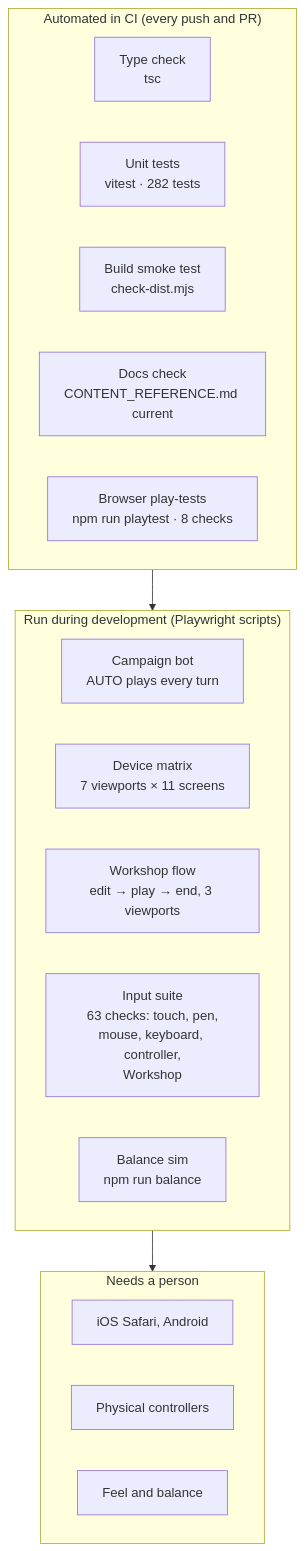
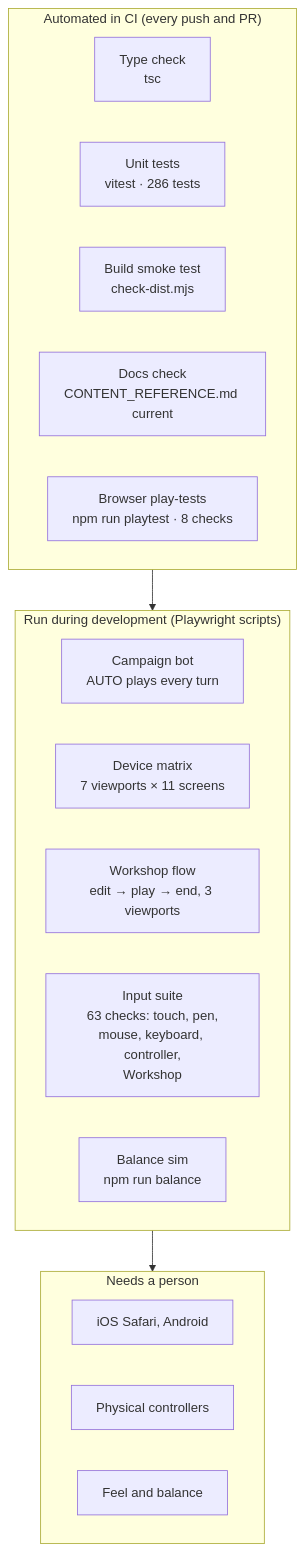
Before and after one commit to CptNope/Chess-RPG-Tactics: the diagram in docs/TESTING.md, drawn with Mermaid. The commit also changed other lines of this file and 14 other files, not shown here.

````diff
--- a/docs/TESTING.md
+++ b/docs/TESTING.md
@@ -9,23 +9,23 @@
 ```mermaid
 flowchart TB
     subgraph Auto["Automated in CI (every push and PR)"]
         T1["Type check<br/>tsc"]
-        T2["Unit tests<br/>vitest · 282 tests"]
+        T2["Unit tests<br/>vitest · 286 tests"]
         T3["Build smoke test<br/>check-dist.mjs"]
         T4["Docs check<br/>CONTENT_REFERENCE.md current"]
         T5["Browser play-tests<br/>npm run playtest · 8 checks"]
     end
     subgraph Dev["Run during development (Playwright scripts)"]
         P1["Campaign bot<br/>AUTO plays every turn"]
         P2["Device matrix<br/>7 viewports × 11 screens"]
         P4["Workshop flow<br/>edit → play → end, 3 viewports"]
         P3["Input suite<br/>63 checks: touch, pen,<br/>mouse, keyboard, controller,<br/>Workshop"]
         P5["Balance sim<br/>npm run balance"]
     end
     subgraph Human["Needs a person"]
         H1["iOS Safari, Android"]
         H2["Physical controllers"]
         H3["Feel and balance"]
     end
     Auto --> Dev --> Human
 ```
````
